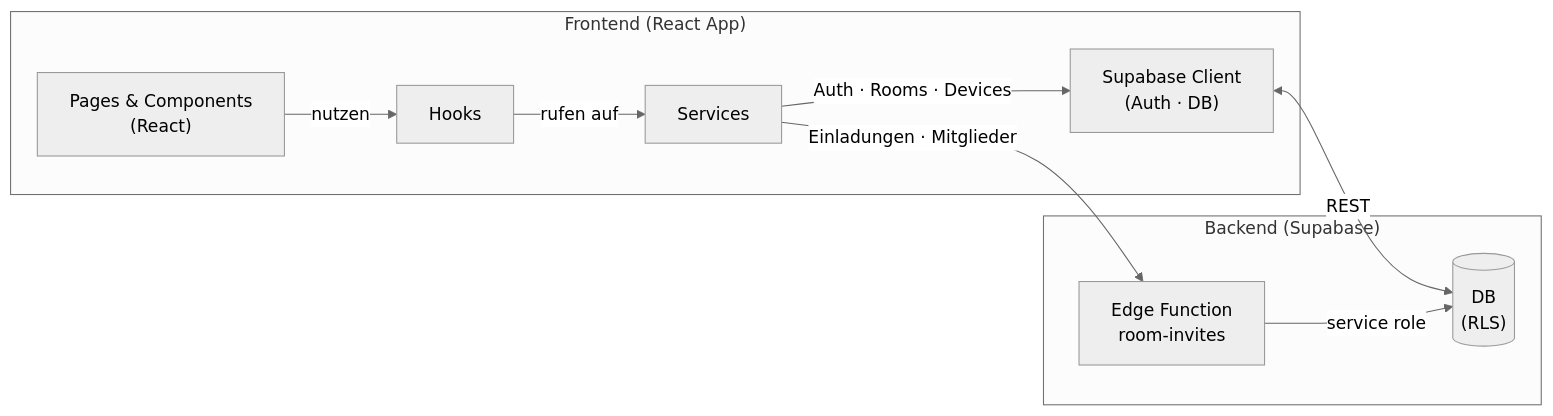
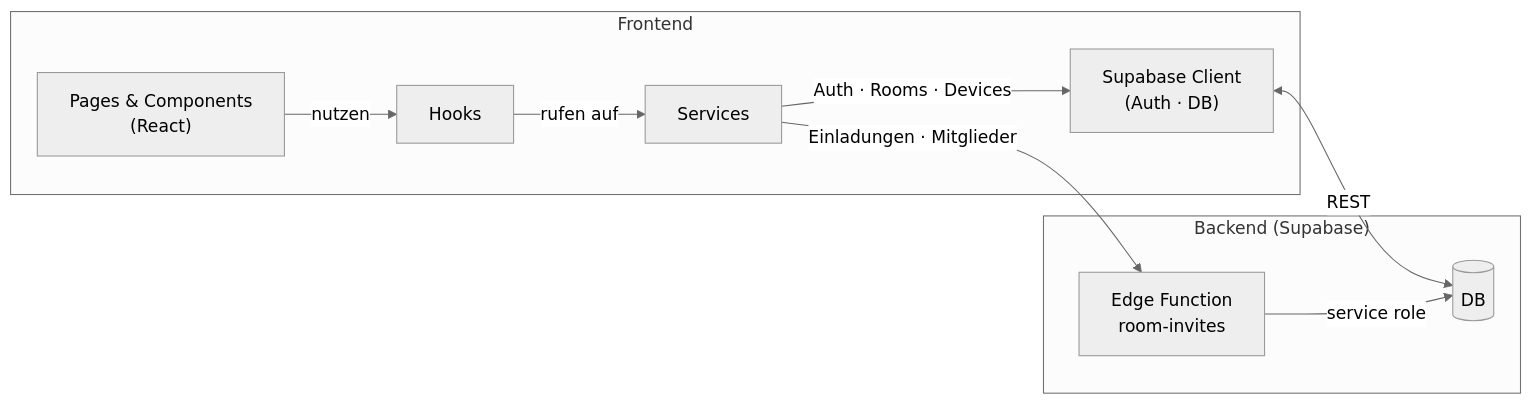
The second of 5 diagrams in docs/uml-diagram.md (jku-win-se/teaching-2026.ss.prse.braeuer.team5), drawn with Mermaid (neutral theme) before and after one commit.

Commit message:
#75 [0.01] Resolve merge Konflikt mit main

````diff
--- a/docs/uml-diagram.md
+++ b/docs/uml-diagram.md
@@ -58,21 +58,21 @@
 ```mermaid
 graph LR
-    subgraph Frontend["Frontend (React App)"]
+    subgraph Frontend["Frontend"]
         pages["Pages & Components\n(React)"]
         hooks["Hooks"]
         services["Services"]
         supabase["Supabase Client\n(Auth · DB)"]
     end
 
     subgraph Backend["Backend (Supabase)"]
         edgeFn["Edge Function\nroom-invites"]
-        db[("DB\n(RLS)")]
+        db[("DB")]
     end
 
     pages -->|"nutzen"| hooks
     hooks -->|"rufen auf"| services
     services -->|"Auth · Rooms · Devices"| supabase
     services -->|"Einladungen · Mitglieder"| edgeFn
     supabase <-->|"REST"| db
     edgeFn -->|"service role"| db
 ```
````
